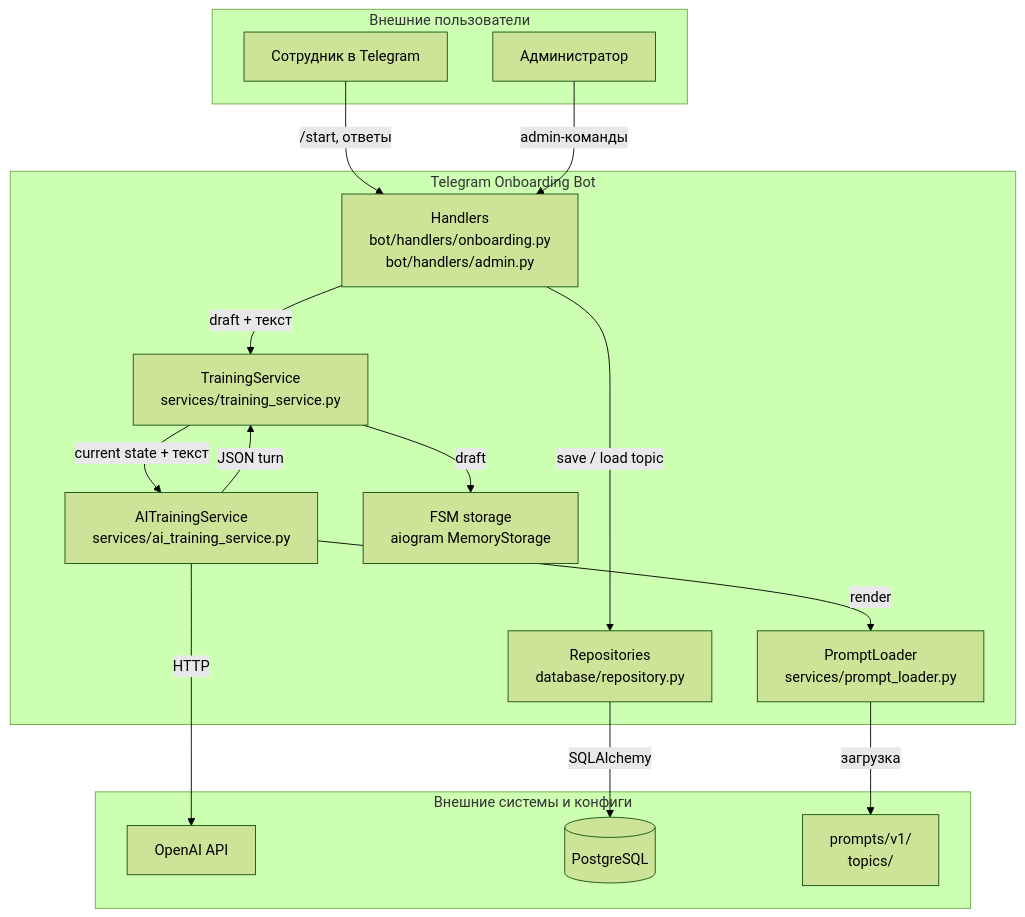
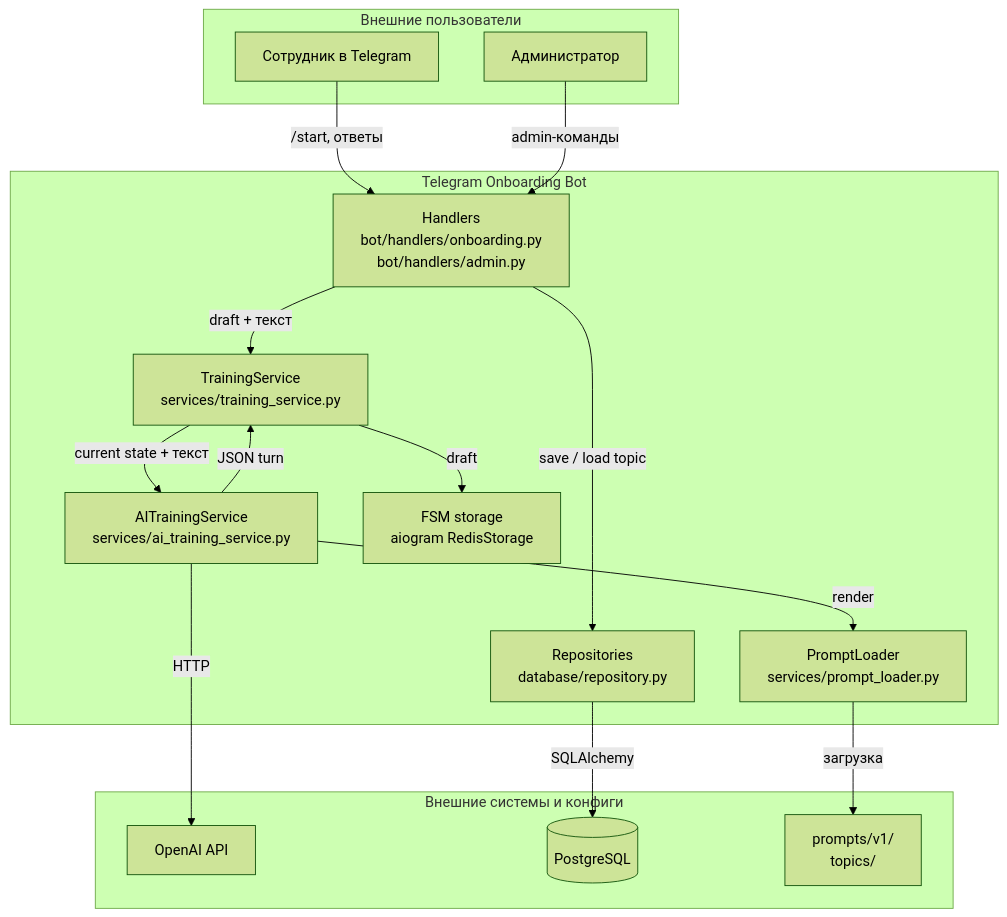
Before and after one commit to AlexLvGulyaev/telegram-onboarding-bot: the second of 3 diagrams in docs/ARCHITECTURE.md, drawn with Mermaid (forest theme). The commit also changed other lines of this file and 4 other files, not shown here.

First line of the commit message:
docs: reflect retry/Redis FSM/RBAC//edit_topic in architecture & guides

````diff
--- a/docs/ARCHITECTURE.md
+++ b/docs/ARCHITECTURE.md
@@ -56,42 +58,42 @@
 ```mermaid
 flowchart TD
     subgraph "Внешние пользователи"
         S[Сотрудник в Telegram]
         A[Администратор]
     end
 
     subgraph "Telegram Onboarding Bot"
         H["Handlers
 bot/handlers/onboarding.py
 bot/handlers/admin.py"]
         TS["TrainingService
 services/training_service.py"]
         AIS["AITrainingService
 services/ai_training_service.py"]
         PL["PromptLoader
 services/prompt_loader.py"]
         REP["Repositories
 database/repository.py"]
         FSM["FSM storage
-aiogram MemoryStorage"]
+aiogram RedisStorage"]
     end
 
     subgraph "Внешние системы и конфиги"
         OA[OpenAI API]
         DB[(PostgreSQL)]
         PF["prompts/v1/
 topics/"]
     end
 
     S -->|/start, ответы| H
     A -->|admin-команды| H
     H -->|draft + текст| TS
     TS -->|current state + текст| AIS
     AIS -->|render| PL
     PL -->|загрузка| PF
     AIS -->|HTTP| OA
     AIS -->|JSON turn| TS
     TS -->|draft| FSM
     H -->|save / load topic| REP
     REP -->|SQLAlchemy| DB
 ```
````
